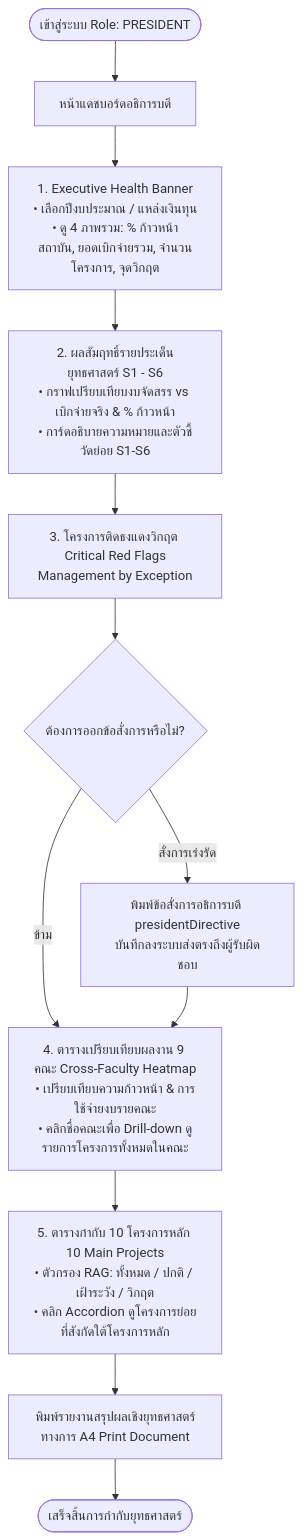
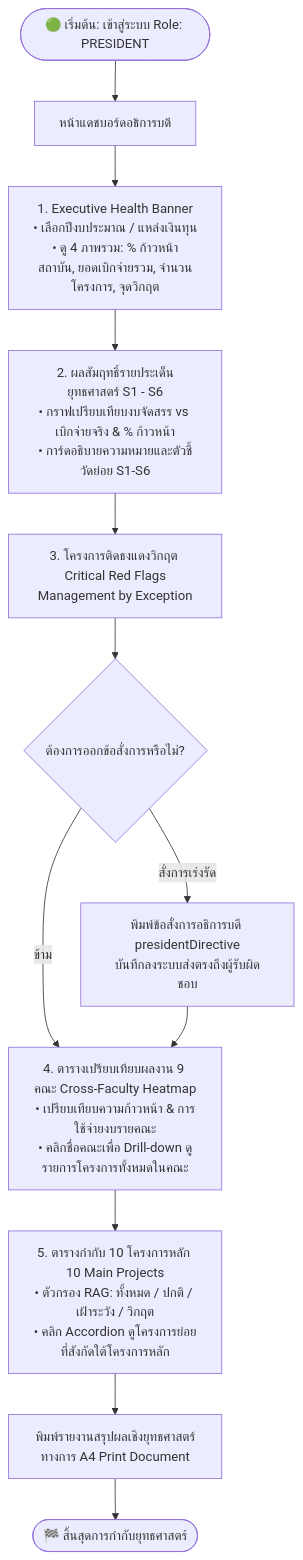
The fourth of 7 diagrams in flowchart.md (teeraphonn/bru-strategic-tracking), drawn with Mermaid before and after one commit. The commit also changed other lines of this file, not shown here.

Commit message:
Docs(SA): Refine system flowchart with explicit start-end nodes, database storage, and linear flow

````diff
--- a/flowchart.md
+++ b/flowchart.md
@@ -205,22 +221,22 @@
 ```mermaid
 flowchart TD
-    P_Start([เข้าสู่ระบบ Role: PRESIDENT]) --> P_Dash[หน้าแดชบอร์ดอธิการบดี]
+    P_Start([🟢 เริ่มต้น: เข้าสู่ระบบ Role: PRESIDENT]) --> P_Dash[หน้าแดชบอร์ดอธิการบดี]
     
     P_Dash --> P_Filters[1. Executive Health Banner<br/>• เลือกปีงบประมาณ / แหล่งเงินทุน<br/>• ดู 4 ภาพรวม: % ก้าวหน้าสถาบัน, ยอดเบิกจ่ายรวม, จำนวนโครงการ, จุดวิกฤต]
     
     P_Filters --> P_Pillars[2. ผลสัมฤทธิ์รายประเด็นยุทธศาสตร์ S1 - S6<br/>• กราฟเปรียบเทียบงบจัดสรร vs เบิกจ่ายจริง & % ก้าวหน้า<br/>• การ์ดอธิบายความหมายและตัวชี้วัดย่อย S1-S6]
     
     P_Pillars --> P_RedFlags[3. โครงการติดธงแดงวิกฤต Critical Red Flags<br/>Management by Exception]
     
     P_RedFlags --> P_DirectiveChoice{ต้องการออกข้อสั่งการหรือไม่?}
     P_DirectiveChoice -->|สั่งการเร่งรัด| P_SendDirective[พิมพ์ข้อสั่งการอธิการบดี presidentDirective<br/>บันทึกลงระบบส่งตรงถึงผู้รับผิดชอบ]
     P_DirectiveChoice -->|ข้าม| P_Heatmap
     P_SendDirective --> P_Heatmap
     
     P_Heatmap[4. ตารางเปรียบเทียบผลงาน 9 คณะ Cross-Faculty Heatmap<br/>• เปรียบเทียบความก้าวหน้า & การใช้จ่ายงบรายคณะ<br/>• คลิกชื่อคณะเพื่อ Drill-down ดูรายการโครงการทั้งหมดในคณะ]
     
     P_Heatmap --> P_MainProjects[5. ตารางกำกับ 10 โครงการหลัก 10 Main Projects<br/>• ตัวกรอง RAG: ทั้งหมด / ปกติ / เฝ้าระวัง / วิกฤต<br/>• คลิก Accordion ดูโครงการย่อยที่สังกัดใต้โครงการหลัก]
     
     P_MainProjects --> P_Print[พิมพ์รายงานสรุปผลเชิงยุทธศาสตร์ทางการ A4 Print Document]
-    P_Print --> P_End([เสร็จสิ้นการกำกับยุทธศาสตร์])
+    P_Print --> P_End([🏁 สิ้นสุดการกำกับยุทธศาสตร์])
 ```
````
